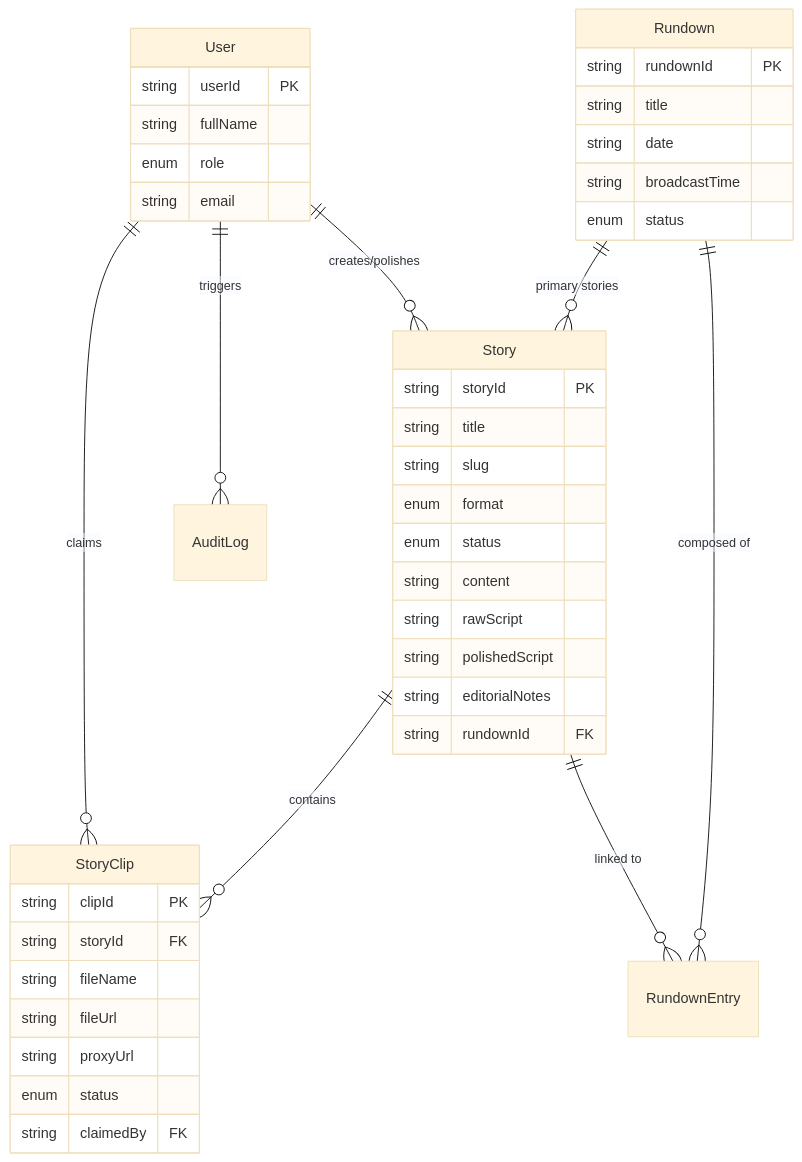
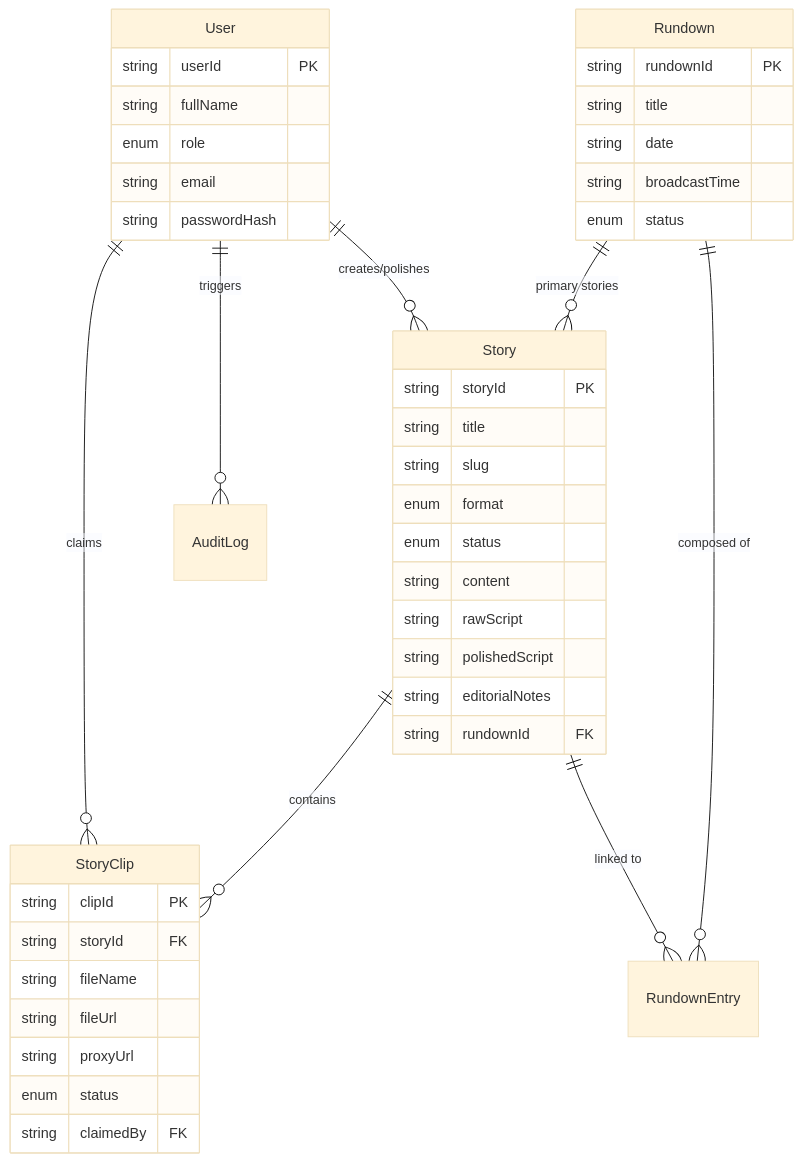
The diagram in HANDOVER.md (surajcopy925-pixel/News-Forge), drawn with Mermaid (base theme) before and after one commit. The commit also changed other lines of this file, not shown here.

````diff
--- a/HANDOVER.md
+++ b/HANDOVER.md
@@ -61,48 +61,49 @@
 ```mermaid
 erDiagram
     User ||--o{ Story : "creates/polishes"
     User ||--o{ StoryClip : "claims"
     User ||--o{ AuditLog : "triggers"
     Story ||--o{ StoryClip : "contains"
     Story ||--o{ RundownEntry : "linked to"
     Rundown ||--o{ RundownEntry : "composed of"
     Rundown ||--o{ Story : "primary stories"
 
     User {
         string userId PK
         string fullName
         enum role
         string email
+        string passwordHash
     }
 
     Story {
         string storyId PK
         string title
         string slug
         enum format
         enum status
         string content
         string rawScript
         string polishedScript
         string editorialNotes
         string rundownId FK
     }
 
     StoryClip {
         string clipId PK
         string storyId FK
         string fileName
         string fileUrl
         string proxyUrl
         enum status
         string claimedBy FK
     }
 
     Rundown {
         string rundownId PK
         string title
         string date
         string broadcastTime
         enum status
     }
 ```
````
